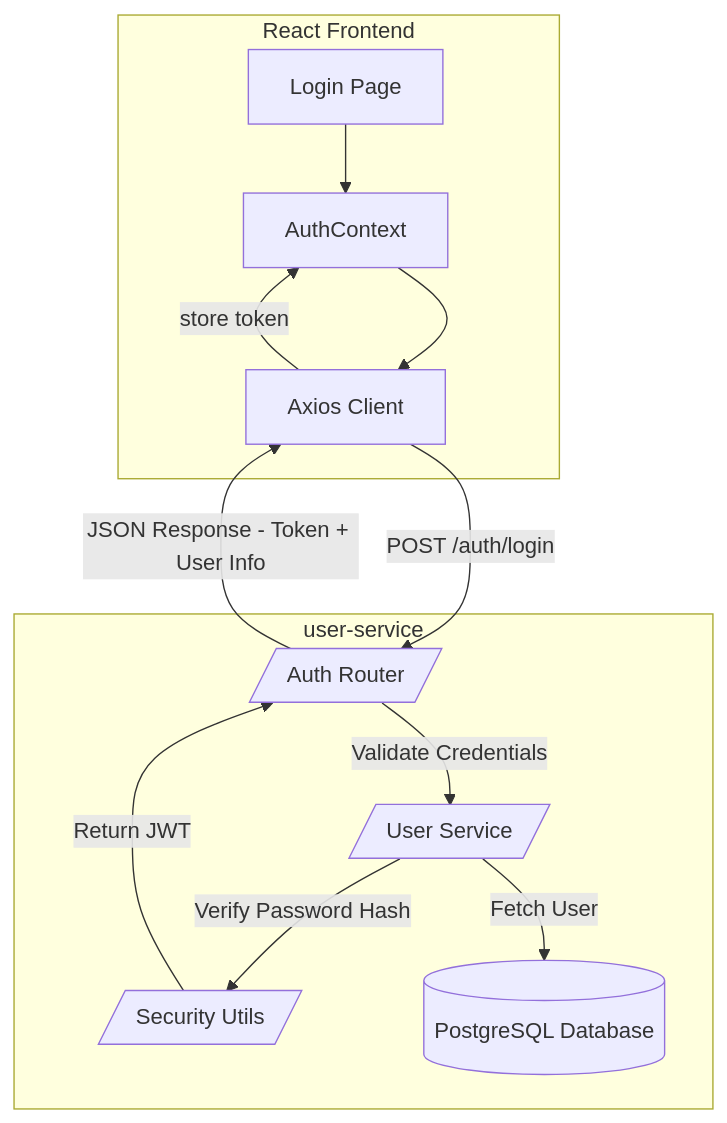
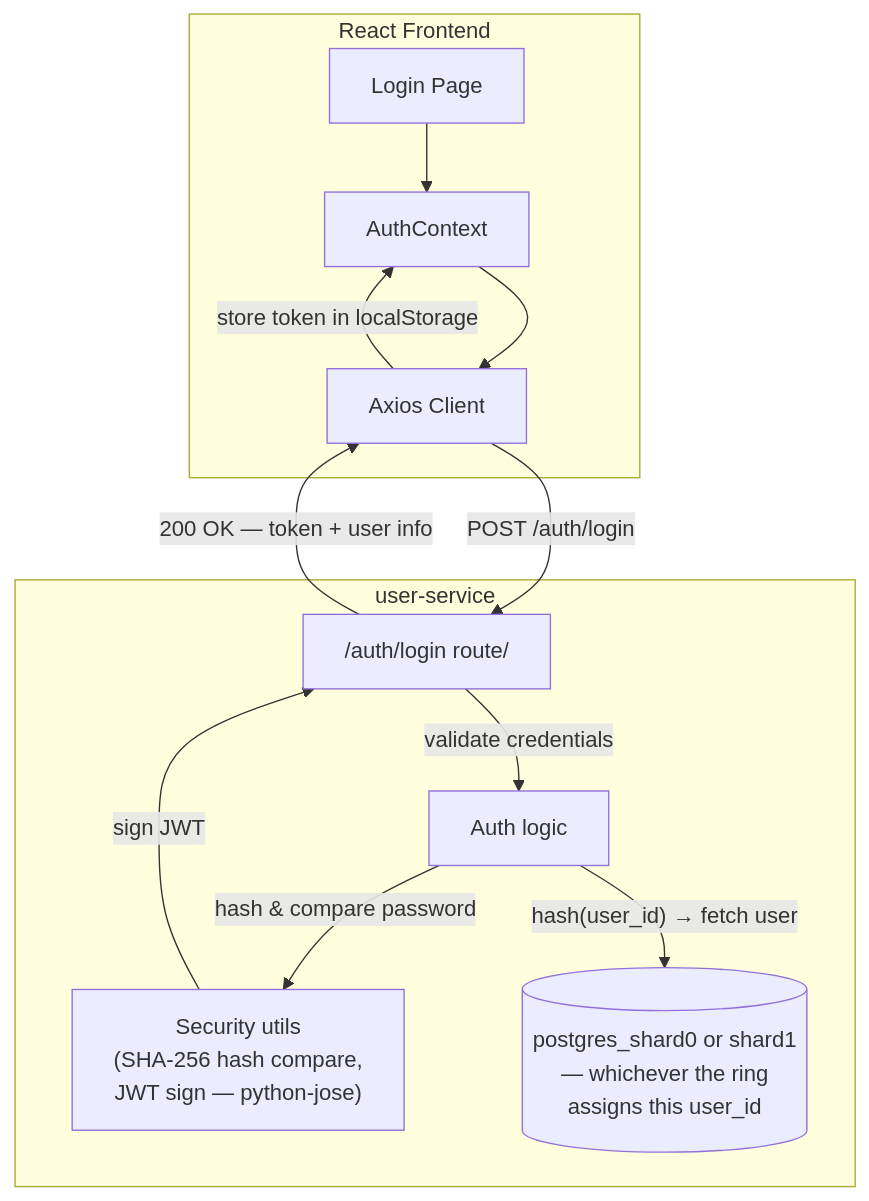
Before and after one commit to meghnanag2/electrohub-distributed-marketplace: the second of 4 diagrams in README.md, drawn with Mermaid. The commit also changed other lines of this file, not shown here.

````diff
--- a/README.md
+++ b/README.md
@@ -154,22 +299,22 @@
 ```mermaid
-graph TD;
-    subgraph Frontend [React Frontend]
-        A[Login Page] --> B[AuthContext]
-        B --> C[Axios Client]
+flowchart TD
+    subgraph Frontend ["React Frontend"]
+        A["Login Page"] --> B["AuthContext"]
+        B --> C["Axios Client"]
     end
 
-    subgraph Backend [user-service]
-        D[/Auth Router/]
-        E[/User Service/]
-        F[/Security Utils/]
-        G[(PostgreSQL Database)]
+    subgraph Backend ["user-service"]
+        D["/auth/login route/"]
+        E["Auth logic"]
+        F["Security utils<br/>(SHA-256 hash compare,<br/>JWT sign — python-jose)"]
+        G[("postgres_shard0 or shard1<br/>— whichever the ring<br/>assigns this user_id")]
     end
 
-    C -->|POST /auth/login| D
-    D -->|Validate Credentials| E
-    E -->|Verify Password Hash| F
-    E -->|Fetch User| G
-    F -->|Return JWT| D
-    D -->|JSON Response - Token + User Info| C
-    C -->|store token| B
+    C -->|"POST /auth/login"| D
+    D -->|"validate credentials"| E
+    E -->|"hash & compare password"| F
+    E -->|"hash(user_id) → fetch user"| G
+    F -->|"sign JWT"| D
+    D -->|"200 OK — token + user info"| C
+    C -->|"store token in localStorage"| B
 ```
````
